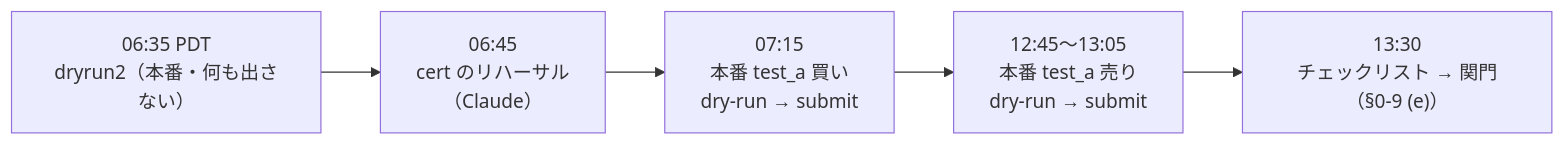
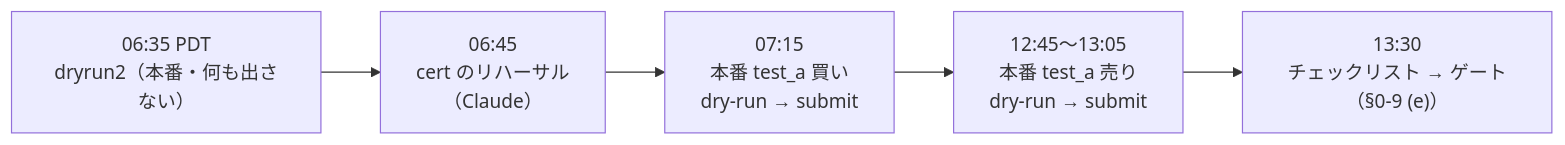
One commit to akiraak/ai-income-lab changed the first of 21 diagrams in docs/specs/experiments/live-trading.md. Above: the diagram before and after it, drawn with Mermaid. The commit also changed other lines of this file and 45 other files, not shown here.

````diff
--- a/docs/specs/experiments/live-trading.md
+++ b/docs/specs/experiments/live-trading.md
@@ -171,7 +171,7 @@
 ```mermaid
 flowchart LR
   A["06:35 PDT<br/>dryrun2（本番・何も出さない）"] --> B["06:45<br/>cert のリハーサル<br/>（Claude）"]
   B --> C["07:15<br/>本番 test_a 買い<br/>dry-run → submit"]
   C --> D["12:45〜13:05<br/>本番 test_a 売り<br/>dry-run → submit"]
-  D --> E["13:30<br/>チェックリスト → 関門（§0-9 (e)）"]
+  D --> E["13:30<br/>チェックリスト → ゲート（§0-9 (e)）"]
 ```
````
